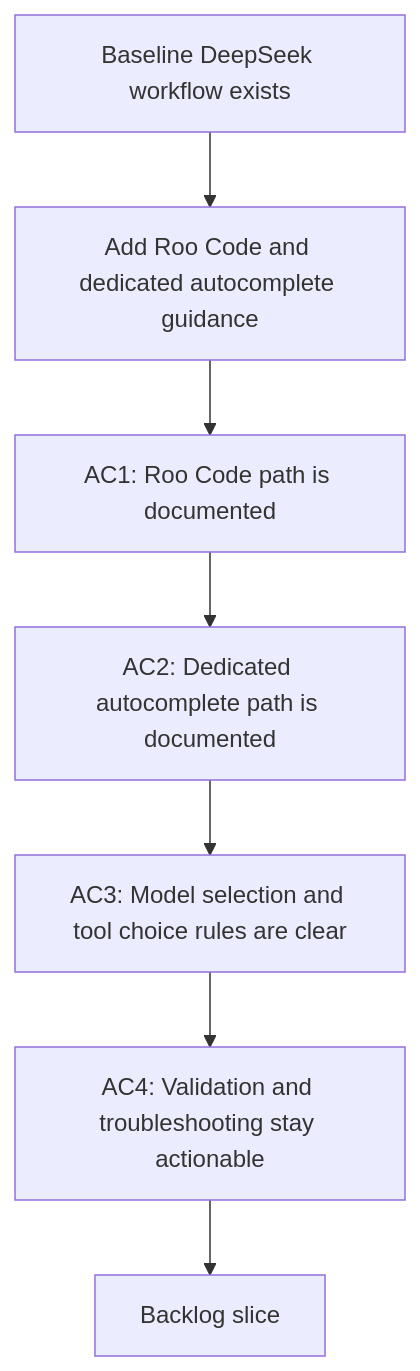
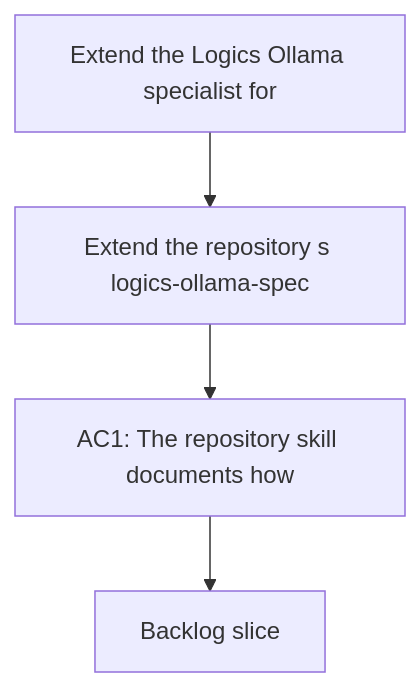
Before and after one commit to AlexAgo83/logics-manager: the diagram in logics/request/req_087_extend_the_logics_ollama_specialist_for_roo_code_and_dedicated_local_autocomplete_workflows.md, drawn with Mermaid. The commit also changed other lines of this file and 481 other files, not shown here.

Commit message:
Normalize Logics docs and workflow indicators

````diff
--- a/logics/request/req_087_extend_the_logics_ollama_specialist_for_roo_code_and_dedicated_local_autocomplete_workflows.md
+++ b/logics/request/req_087_extend_the_logics_ollama_specialist_for_roo_code_and_dedicated_local_autocomplete_workflows.md
@@ -21,11 +21,8 @@
 ```mermaid
 %% logics-kind: request
 %% logics-signature: request|extend-the-logics-ollama-specialist-for-|extend-the-repository-s-logics-ollama-sp|ac1-the-repository-skill-documents-how
 flowchart TD
-    Baseline[Baseline DeepSeek workflow exists] --> Need[Add Roo Code and dedicated autocomplete guidance]
-    Need --> Roo[AC1: Roo Code path is documented]
-    Roo --> Auto[AC2: Dedicated autocomplete path is documented]
-    Auto --> Decision[AC3: Model selection and tool choice rules are clear]
-    Decision --> Validation[AC4: Validation and troubleshooting stay actionable]
-    Validation --> Backlog[Backlog slice]
+    Trigger[Extend the Logics Ollama specialist for] --> Need[Extend the repository s logics-ollama-spec]
+    Need --> Outcome[AC1: The repository skill documents how]
+    Outcome --> Backlog[Backlog slice]
 ```
````
